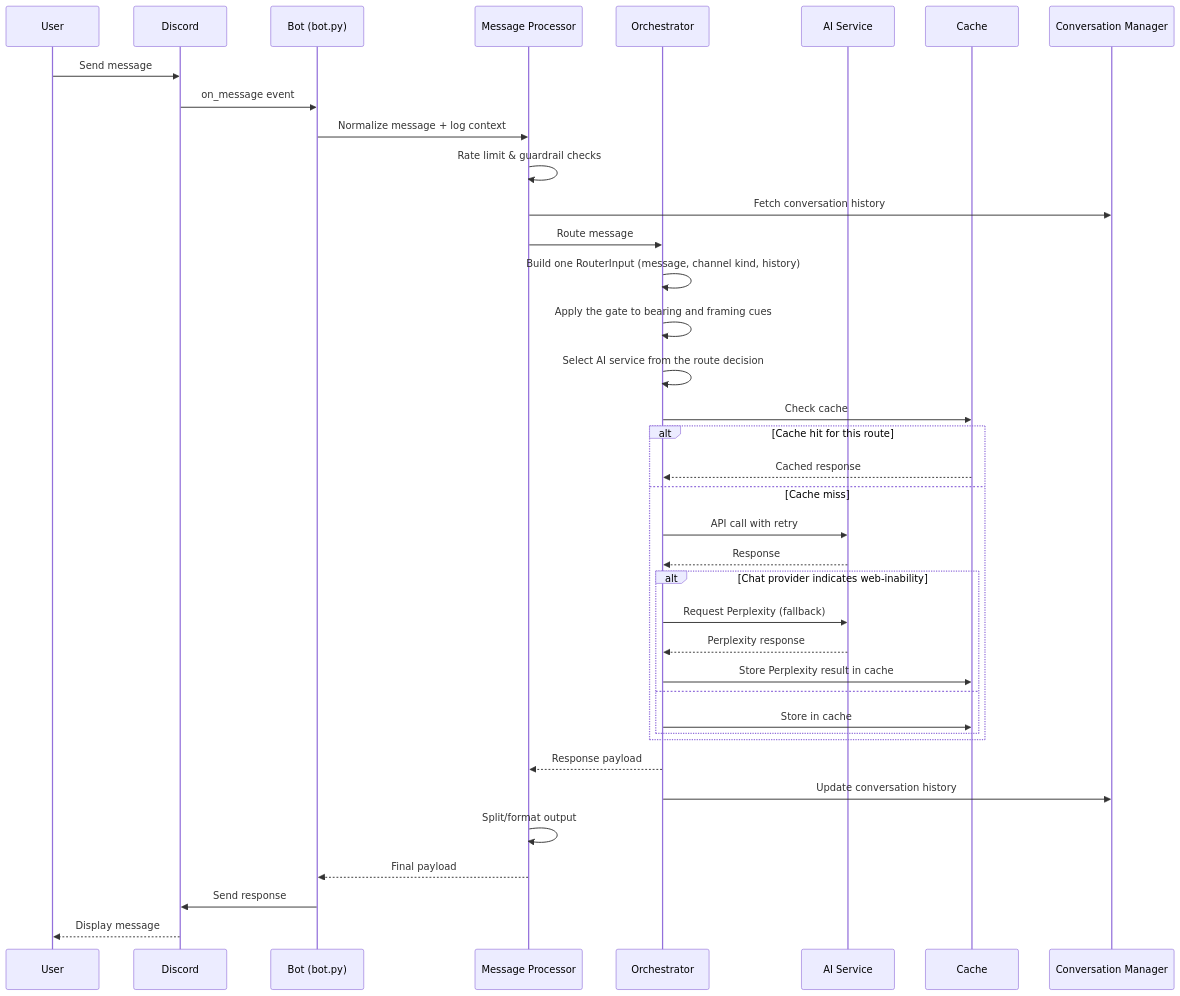
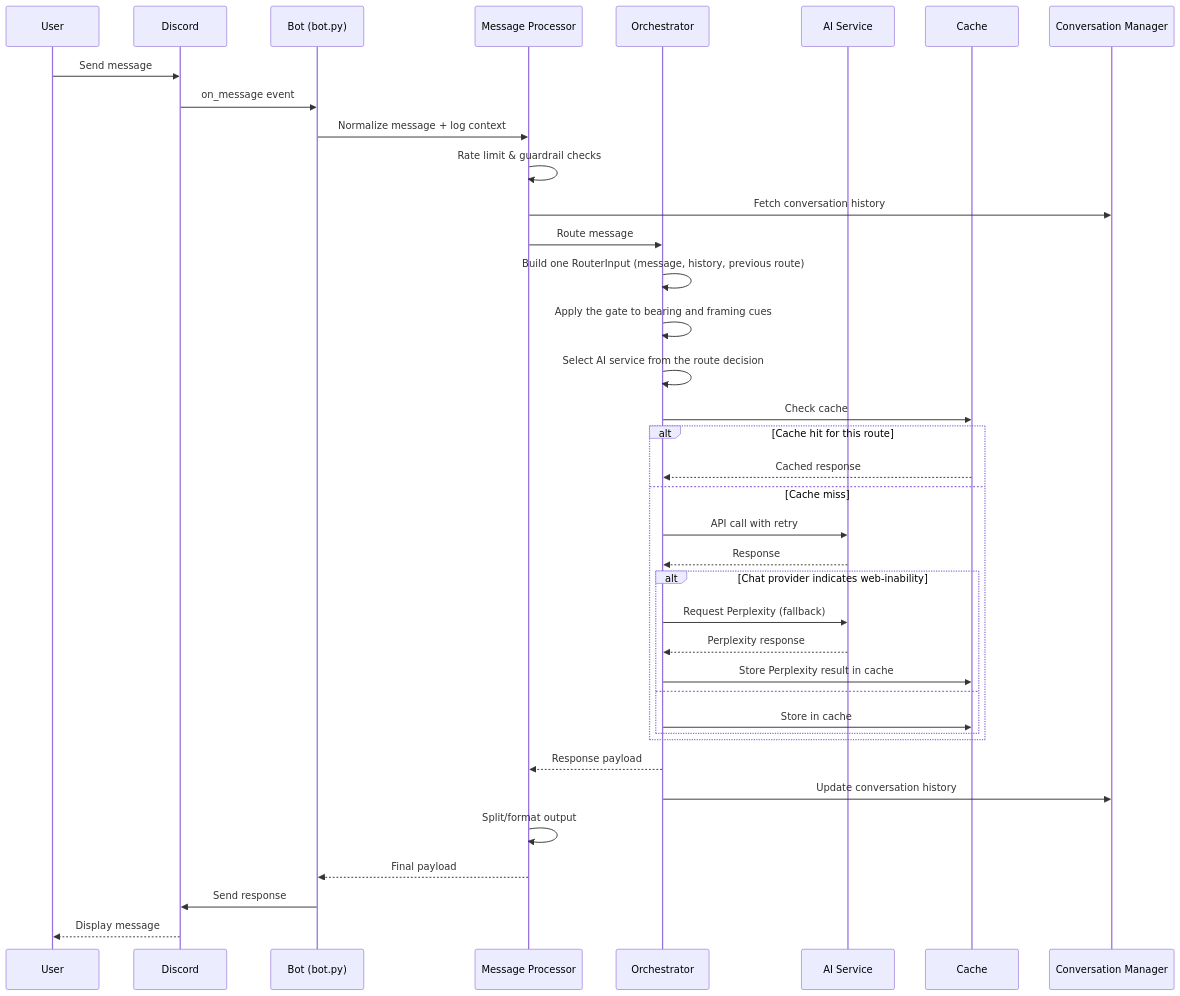
Before and after one commit to johndotpub/DiscordianAI: the diagram in docs/Architecture.md, drawn with Mermaid. The commit also changed 1 other file, not shown here.

Commit message:
docs(routing): 📝 stop describing a removed router field
RouterInput no longer carries channel_kind, but the architecture request
flow and the Perplexity routing note still listed it. Describe the
fields the builder actually fills: message text, recent turns, and the
previous route.

````diff
--- a/docs/Architecture.md
+++ b/docs/Architecture.md
@@ -104,42 +104,42 @@
 ```mermaid
 sequenceDiagram
     participant U as User
     participant D as Discord
     participant B as Bot (bot.py)
     participant MP as Message Processor
     participant O as Orchestrator
     participant AI as AI Service
     participant C as Cache
     participant CM as Conversation Manager
 
     U->>D: Send message
     D->>B: on_message event
     B->>MP: Normalize message + log context
     MP->>MP: Rate limit & guardrail checks
     MP->>CM: Fetch conversation history
     MP->>O: Route message
-    O->>O: Build one RouterInput (message, channel kind, history)
+    O->>O: Build one RouterInput (message, history, previous route)
     O->>O: Apply the gate to bearing and framing cues
     O->>O: Select AI service from the route decision
     O->>C: Check cache
     alt Cache hit for this route
         C-->>O: Cached response
     else Cache miss
         O->>AI: API call with retry
         AI-->>O: Response
         %% If the chat provider responded but indicates web-inability, orchestrator reroutes
         alt Chat provider indicates web-inability
             O->>AI: Request Perplexity (fallback)
             AI-->>O: Perplexity response
             O->>C: Store Perplexity result in cache
         else
             O->>C: Store in cache
         end
     end
     O-->>MP: Response payload
     O->>CM: Update conversation history
     MP->>MP: Split/format output
     MP-->>B: Final payload
     B->>D: Send response
     D-->>U: Display message
 ```
````
